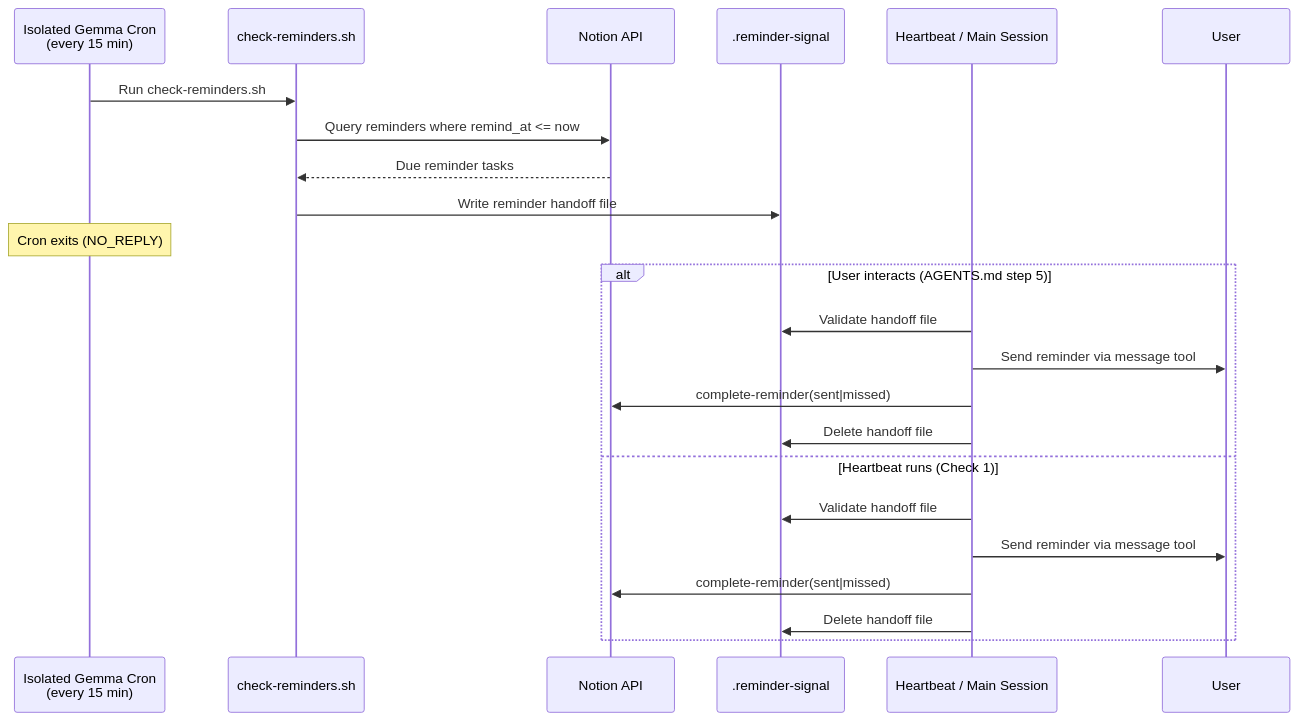
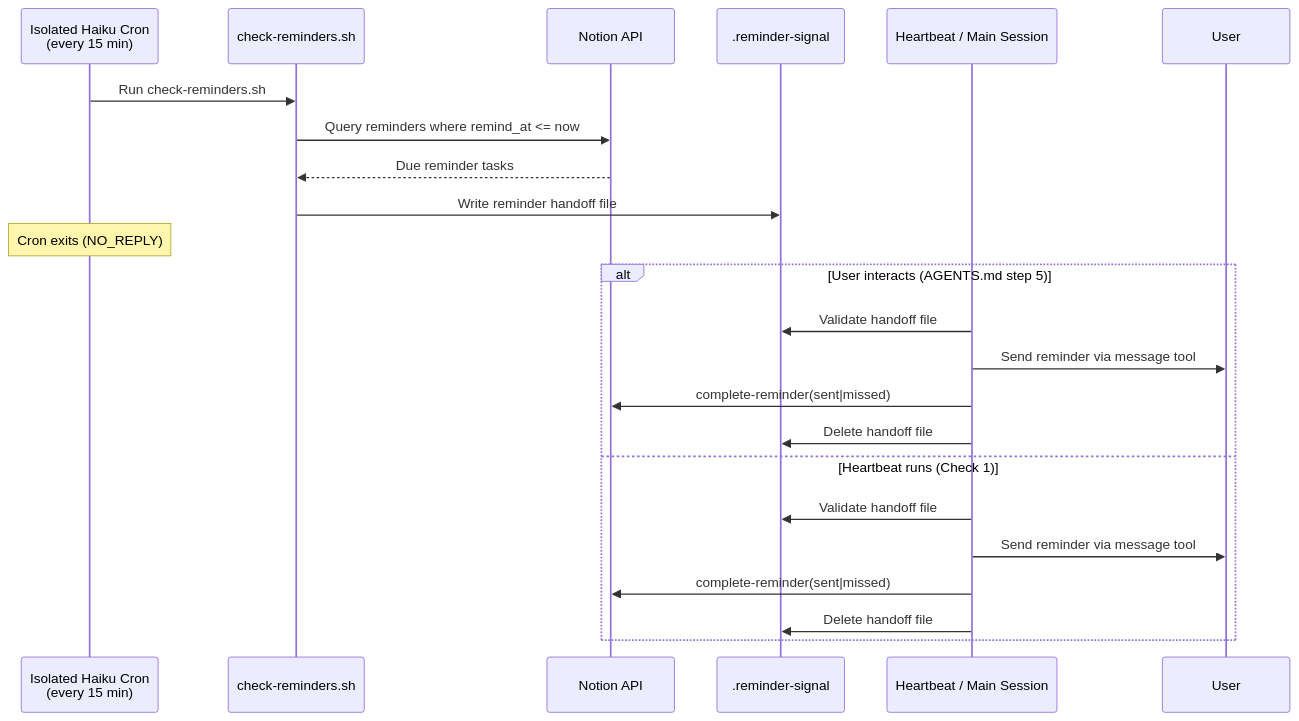
One commit to NickBorgersProbably/hide-my-list changed the fifth of 6 diagrams in docs/architecture.md. Above: the diagram before and after it, drawn with Mermaid. The commit also changed other lines of this file and 31 other files, not shown here.

````diff
--- a/docs/architecture.md
+++ b/docs/architecture.md
@@ -200,26 +200,26 @@
 ```mermaid
 sequenceDiagram
-    participant Cron as Isolated Gemma Cron<br/>(every 15 min)
+    participant Cron as Isolated Haiku Cron<br/>(every 15 min)
     participant Script as check-reminders.sh
     participant Notion as Notion API
     participant Signal as .reminder-signal
     participant Delivery as Heartbeat / Main Session
     participant User
 
     Cron->>Script: Run check-reminders.sh
     Script->>Notion: Query reminders where remind_at <= now
     Notion-->>Script: Due reminder tasks
     Script->>Signal: Write reminder handoff file
     Note over Cron: Cron exits (NO_REPLY)
     alt User interacts (AGENTS.md step 5)
         Delivery->>Signal: Validate handoff file
         Delivery->>User: Send reminder via message tool
         Delivery->>Notion: complete-reminder(sent|missed)
         Delivery->>Signal: Delete handoff file
     else Heartbeat runs (Check 1)
         Delivery->>Signal: Validate handoff file
         Delivery->>User: Send reminder via message tool
         Delivery->>Notion: complete-reminder(sent|missed)
         Delivery->>Signal: Delete handoff file
     end
 ```
````
